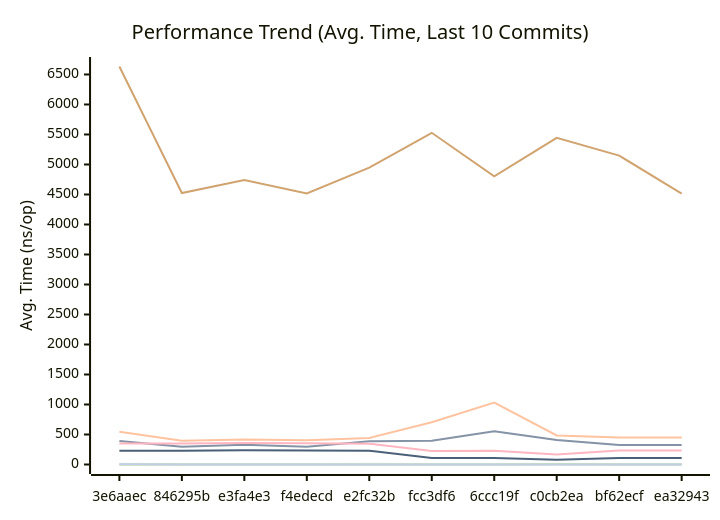
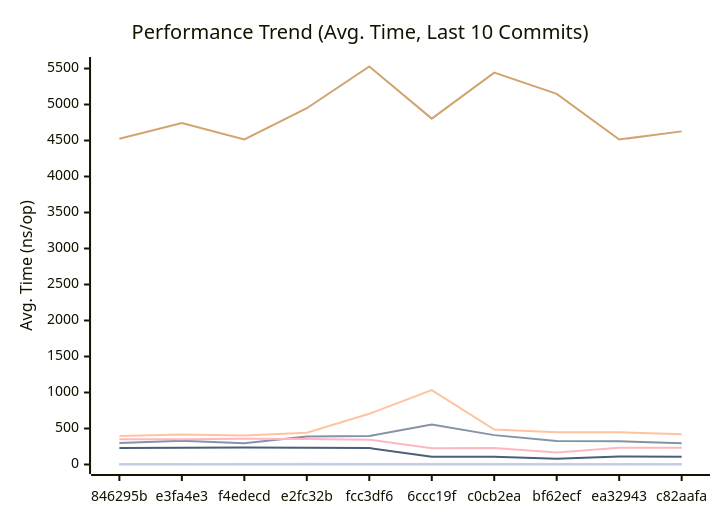
One commit to alsotoes/momo changed the first of 3 diagrams in docs/PERFORMANCE.md. Above: the diagram before and after it, drawn with Mermaid. The commit also changed other lines of this file and 2 other files, not shown here.

````diff
--- a/docs/PERFORMANCE.md
+++ b/docs/PERFORMANCE.md
@@ -80,16 +80,16 @@
 ```mermaid
 xychart-beta
     title "Performance Trend (Avg. Time, Last 10 Commits)"
     x-axis "Commit"
     y-axis "Avg. Time (ns/op)"
-    x-axis [3e6aaec,846295b,e3fa4e3,f4edecd,e2fc32b,fcc3df6,6ccc19f,c0cb2ea,bf62ecf,ea32943]
-    line "CheckMetricsAndSwap" [11,8,8,9,13,9,9,11,10,8]
-    line "CrushOptimized" [393,297,329,295,389,396,555,408,327,324]
-    line "CrushOriginal" [545,396,415,403,442,705,1033,485,449,449]
-    line "IndexDirectTracking" [0,0,0,0,0,0,0,1,0,0]
-    line "IndexSearch" [2,2,2,2,2,2,2,3,2,2]
-    line "LoadGlobalConfig" [6633,4524,4742,4516,4948,5528,4804,5443,5148,4514]
-    line "PadString" [3,2,2,2,2,2,2,2,2,2]
+    x-axis [846295b,e3fa4e3,f4edecd,e2fc32b,fcc3df6,6ccc19f,c0cb2ea,bf62ecf,ea32943,c82aafa]
+    line "CheckMetricsAndSwap" [8,8,9,13,9,9,11,10,8,8]
+    line "CrushOptimized" [297,329,295,389,396,555,408,327,324,295]
+    line "CrushOriginal" [396,415,403,442,705,1033,485,449,449,419]
+    line "IndexDirectTracking" [0,0,0,0,0,0,1,0,0,0]
+    line "IndexSearch" [2,2,2,2,2,2,3,2,2,2]
+    line "LoadGlobalConfig" [4524,4742,4516,4948,5528,4804,5443,5148,4514,4627]
+    line "PadString" [2,2,2,2,2,2,2,2,2,2]
     line "ParseReplicationOrder_NoPrealloc" [350,349,357,354,345,225,229,165,232,234]
     line "ParseReplicationOrder_Prealloc" [229,231,237,234,229,108,107,80,110,109]
 ```
````
